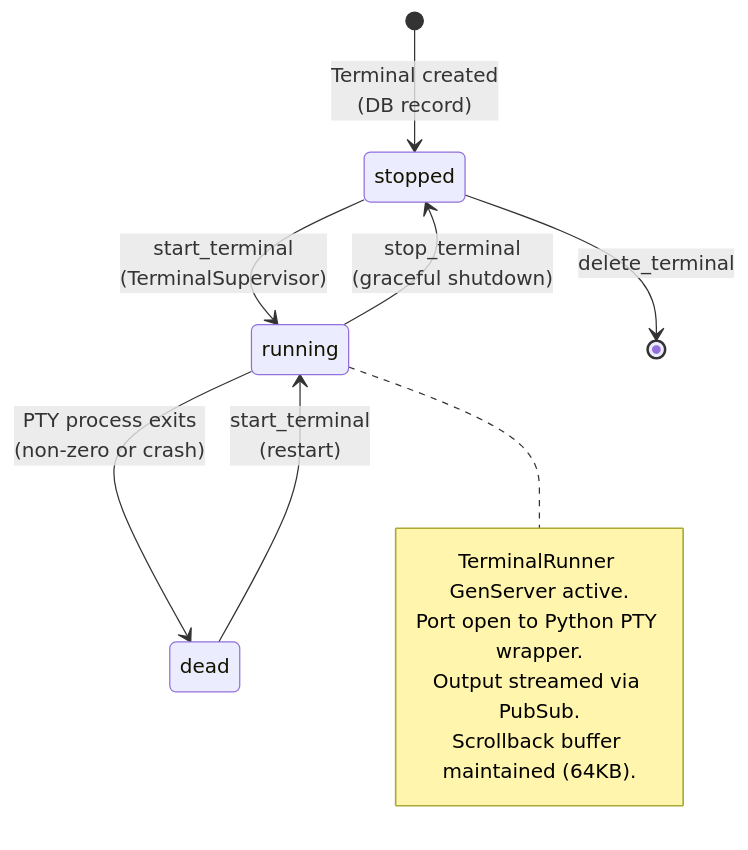
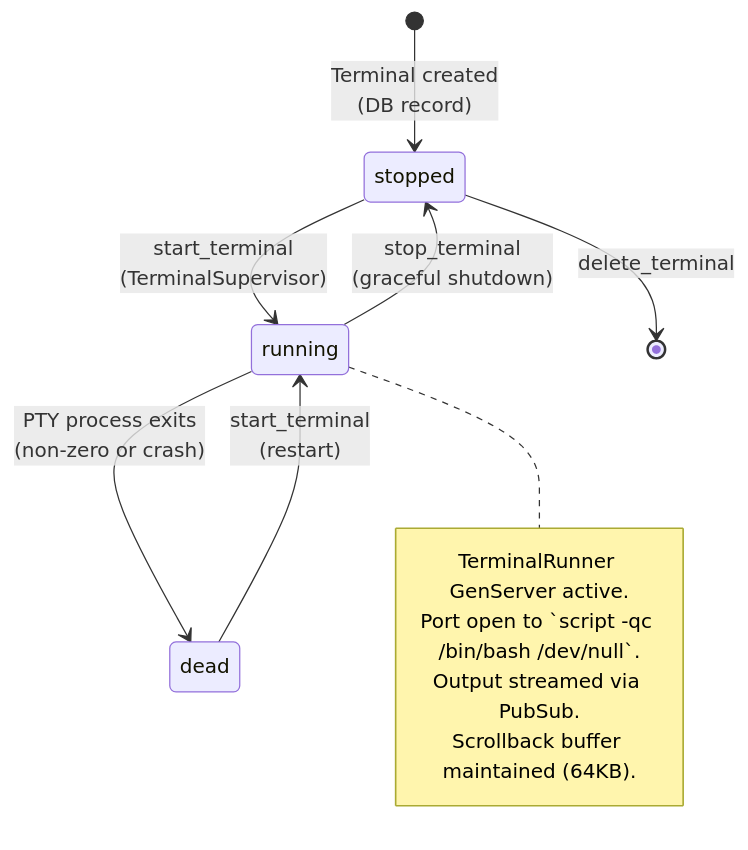
Before and after one commit to zingbretsen/orca_hub: the third of 3 diagrams in .context/terminals.md, drawn with Mermaid. The commit also changed 6 other files, not shown here.

First line of the commit message:
Refresh .context architecture docs to match current code

````diff
--- a/.context/terminals.md
+++ b/.context/terminals.md
@@ -99,17 +99,17 @@
 ```mermaid
 stateDiagram-v2
     [*] --> stopped: Terminal created<br>(DB record)
 
     stopped --> running: start_terminal<br>(TerminalSupervisor)
     running --> stopped: stop_terminal<br>(graceful shutdown)
     running --> dead: PTY process exits<br>(non-zero or crash)
     dead --> running: start_terminal<br>(restart)
     stopped --> [*]: delete_terminal
 
     note right of running
         TerminalRunner GenServer active.
-        Port open to Python PTY wrapper.
+        Port open to `script -qc /bin/bash /dev/null`.
         Output streamed via PubSub.
         Scrollback buffer maintained (64KB).
     end note
 ```
````
